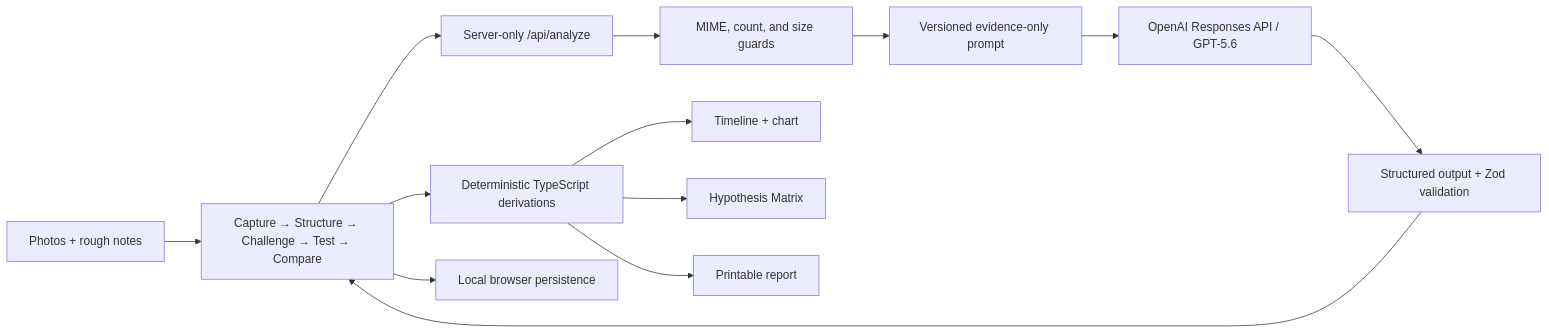
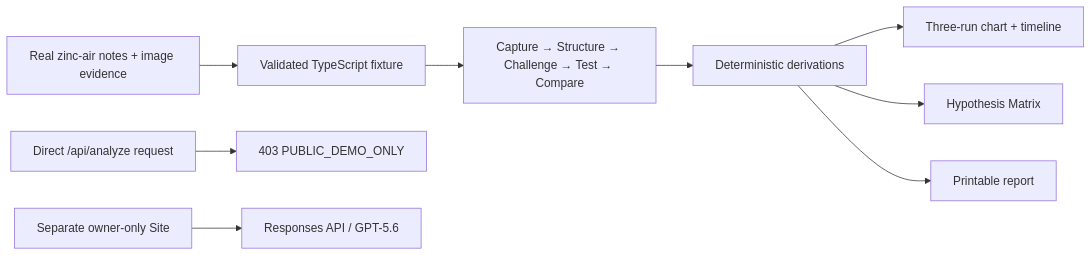
The diagram in README.md (samuraicobra/BenchPilot), drawn with Mermaid before and after one commit. The commit also changed other lines of this file and 26 other files, not shown here.

Commit message:
release: prepare BenchPilot Build Week public demo

````diff
--- a/README.md
+++ b/README.md
@@ -39,15 +41,11 @@
 ```mermaid
 flowchart LR
-  E["Photos + rough notes"] --> UI["Capture → Structure → Challenge → Test → Compare"]
-  UI --> API["Server-only /api/analyze"]
-  API --> G["MIME, count, and size guards"]
-  G --> P["Versioned evidence-only prompt"]
-  P --> O["OpenAI Responses API / GPT-5.6"]
-  O --> Z["Structured output + Zod validation"]
-  Z --> UI
-  UI --> D["Deterministic TypeScript derivations"]
-  D --> C["Timeline + chart"]
+  E["Real zinc-air notes + image evidence"] --> F["Validated TypeScript fixture"]
+  F --> UI["Capture → Structure → Challenge → Test → Compare"]
+  UI --> D["Deterministic derivations"]
+  D --> C["Three-run chart + timeline"]
   D --> M["Hypothesis Matrix"]
   D --> R["Printable report"]
-  UI --> L["Local browser persistence"]
+  X["Direct /api/analyze request"] --> B["403 PUBLIC_DEMO_ONLY"]
+  P["Separate owner-only Site"] --> O["Responses API / GPT-5.6"]
 ```
````
